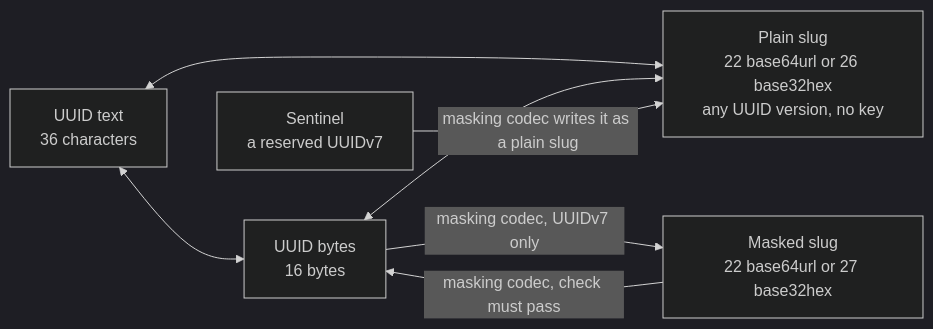
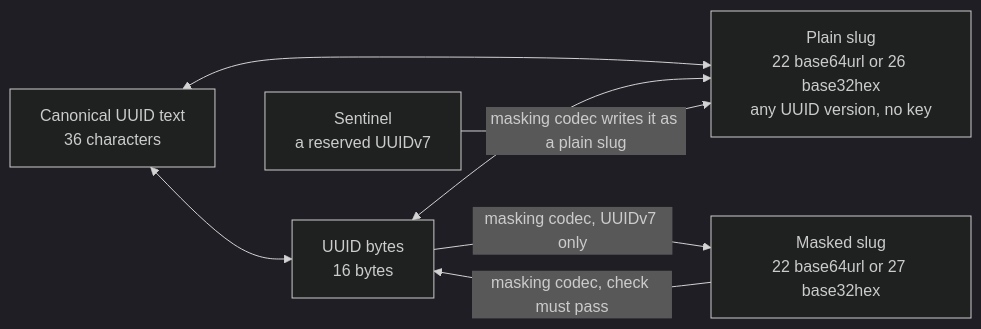
The diagram in README.md (Anizoptera/uuid-slug), drawn with Mermaid (dark theme) before and after one commit. The commit also changed other lines of this file and 1 other file, not shown here.

````diff
--- a/README.md
+++ b/README.md
@@ -236,9 +299,9 @@
 ```mermaid
 flowchart LR
-  T["UUID text<br>36 characters"] <--> B["UUID bytes<br>16 bytes"]
+  T["Canonical UUID text<br>36 characters"] <--> B["UUID bytes<br>16 bytes"]
   T <--> S["Plain slug<br>22 base64url or 26 base32hex<br>any UUID version, no key"]
   B <--> S
   B -- "masking codec, UUIDv7 only" --> M["Masked slug<br>22 base64url or 27 base32hex"]
   M -- "masking codec, check must pass" --> B
   N["Sentinel<br>a reserved UUIDv7"] -- "masking codec writes it as a plain slug" --> S
 ```
````
